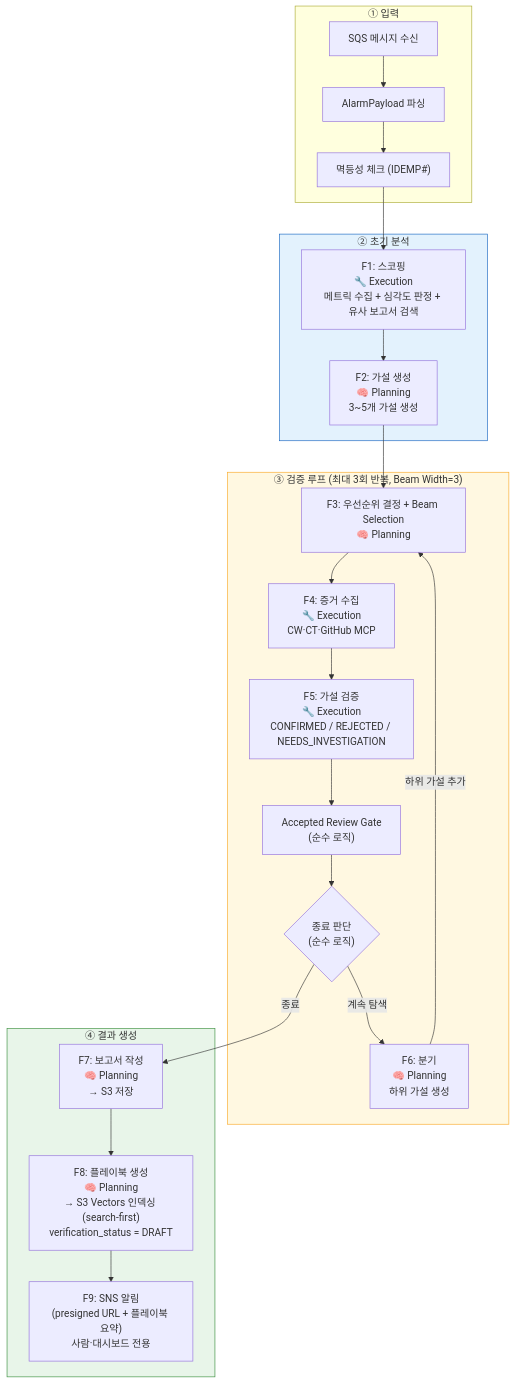
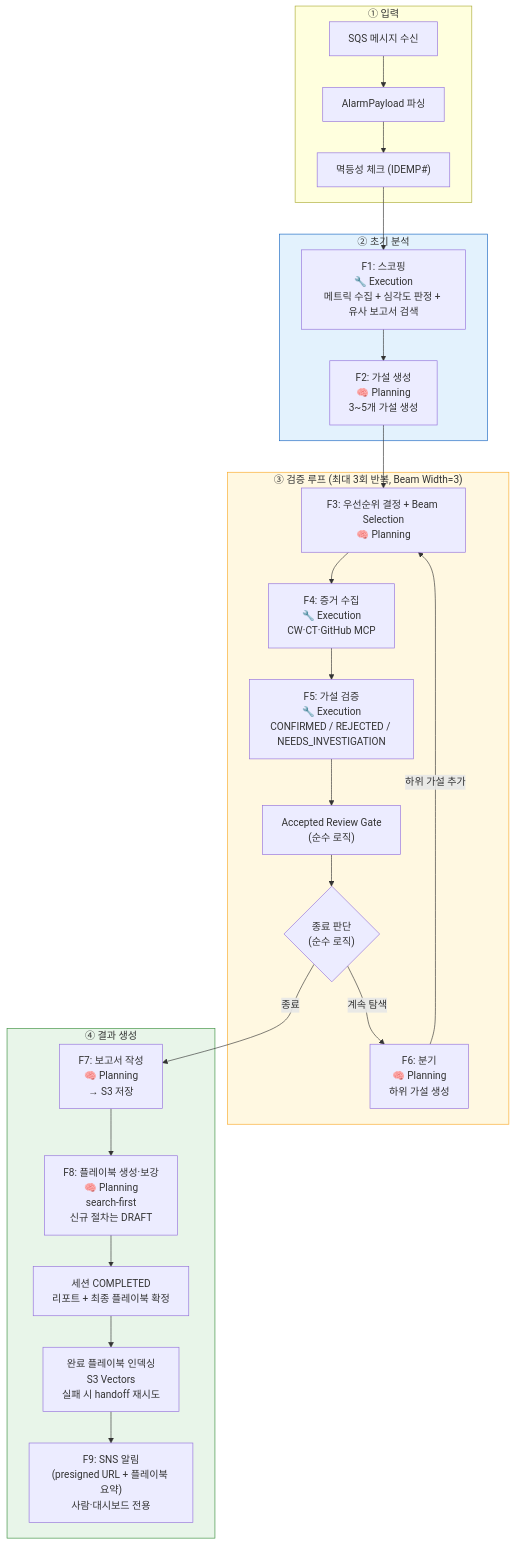
One commit to haandol/rca-agent changed the sixth of 24 diagrams in docs/system-guide-for-ops.md. Above: the diagram before and after it, drawn with Mermaid. The commit also changed other lines of this file and 34 other files, not shown here.

````diff
--- a/docs/system-guide-for-ops.md
+++ b/docs/system-guide-for-ops.md
@@ -368,43 +369,45 @@
 ```mermaid
 flowchart TD
     subgraph Input["① 입력"]
         SQS["SQS 메시지 수신"]
         PARSE["AlarmPayload 파싱"]
         DEDUP["멱등성 체크 (IDEMP#)"]
         SQS --> PARSE --> DEDUP
     end
 
     subgraph Phase1["② 초기 분석"]
         F1["F1: 스코핑<br/>🔧 Execution<br/>메트릭 수집 + 심각도 판정 + 유사 보고서 검색"]
         F2["F2: 가설 생성<br/>🧠 Planning<br/>3~5개 가설 생성"]
     end
 
     subgraph Loop["③ 검증 루프 (최대 3회 반복, Beam Width=3)"]
         F3["F3: 우선순위 결정 + Beam Selection<br/>🧠 Planning"]
         F4["F4: 증거 수집<br/>🔧 Execution<br/>CW·CT·GitHub MCP"]
         F5["F5: 가설 검증<br/>🔧 Execution<br/>CONFIRMED / REJECTED / NEEDS_INVESTIGATION"]
         RG["Accepted Review Gate<br/>(순수 로직)"]
         TERM{"종료 판단<br/>(순수 로직)"}
         F6["F6: 분기<br/>🧠 Planning<br/>하위 가설 생성"]
 
         F3 --> F4 --> F5 --> RG --> TERM
         TERM -->|"계속 탐색"| F6
         F6 -->|"하위 가설 추가"| F3
     end
 
     subgraph Output["④ 결과 생성"]
         F7["F7: 보고서 작성<br/>🧠 Planning<br/>→ S3 저장"]
-        F8["F8: 플레이북 생성<br/>🧠 Planning<br/>→ S3 Vectors 인덱싱 (search-first)<br/>verification_status = DRAFT"]
+        F8["F8: 플레이북 생성·보강<br/>🧠 Planning<br/>search-first<br/>신규 절차는 DRAFT"]
+        DONE["세션 COMPLETED<br/>리포트 + 최종 플레이북 확정"]
+        INDEX["완료 플레이북 인덱싱<br/>S3 Vectors<br/>실패 시 handoff 재시도"]
         F9["F9: SNS 알림<br/>(presigned URL + 플레이북 요약)<br/>사람·대시보드 전용"]
-        F7 --> F8 --> F9
+        F7 --> F8 --> DONE --> INDEX --> F9
     end
 
     DEDUP --> F1
     F1 --> F2
     F2 --> F3
     TERM -->|"종료"| F7
 
     style Phase1 fill:#e3f2fd,stroke:#1565c0
     style Loop fill:#fff8e1,stroke:#f9a825
     style Output fill:#e8f5e9,stroke:#388e3c
 ```
````
